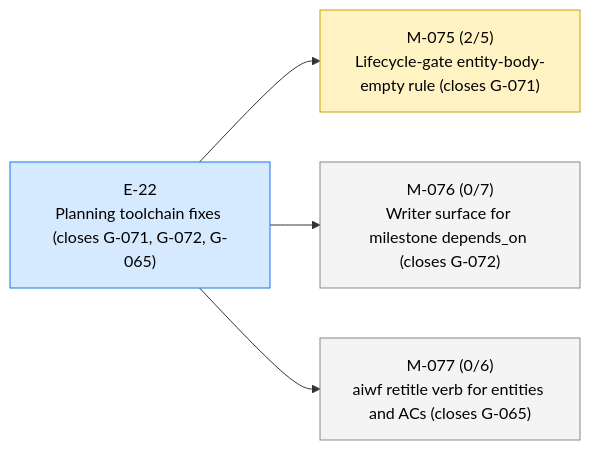
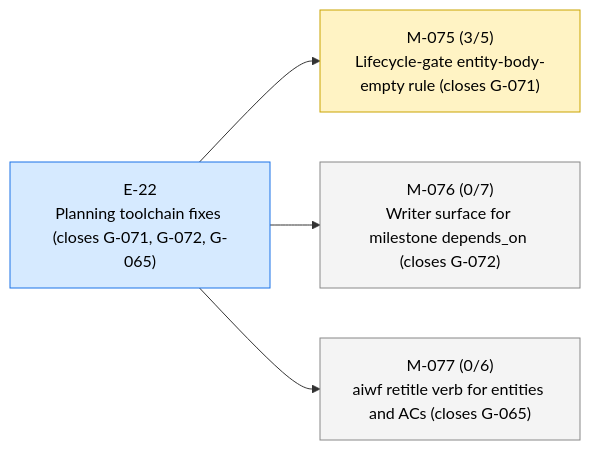
Before and after one commit to 23min/aiwf: the first of 3 diagrams in STATUS.md, drawn with Mermaid. The commit also changed other lines of this file and 1 other file, not shown here.

````diff
--- a/STATUS.md
+++ b/STATUS.md
@@ -13,16 +13,16 @@
 ```mermaid
 flowchart LR
   E_22["E-22<br/>Planning toolchain fixes (closes G-071, G-072, G-065)"]:::epic_active
-  M_075["M-075 (2/5)<br/>Lifecycle-gate entity-body-empty rule (closes G-071)"]:::ms_in_progress
+  M_075["M-075 (3/5)<br/>Lifecycle-gate entity-body-empty rule (closes G-071)"]:::ms_in_progress
   E_22 --> M_075
   M_076["M-076 (0/7)<br/>Writer surface for milestone depends_on (closes G-072)"]:::ms_draft
   E_22 --> M_076
   M_077["M-077 (0/6)<br/>aiwf retitle verb for entities and ACs (closes G-065)"]:::ms_draft
   E_22 --> M_077
   classDef epic_active fill:#d6eaff,stroke:#1a73e8,color:#000
   classDef epic_proposed fill:#f4f4f4,stroke:#888,color:#000
   classDef ms_done fill:#d8f5d8,stroke:#2a8a2a,color:#000
   classDef ms_in_progress fill:#fff3c4,stroke:#caa400,color:#000
   classDef ms_draft fill:#f4f4f4,stroke:#888,color:#000
   classDef ms_cancelled fill:#fbeaea,stroke:#c33,color:#000
 ```
````
